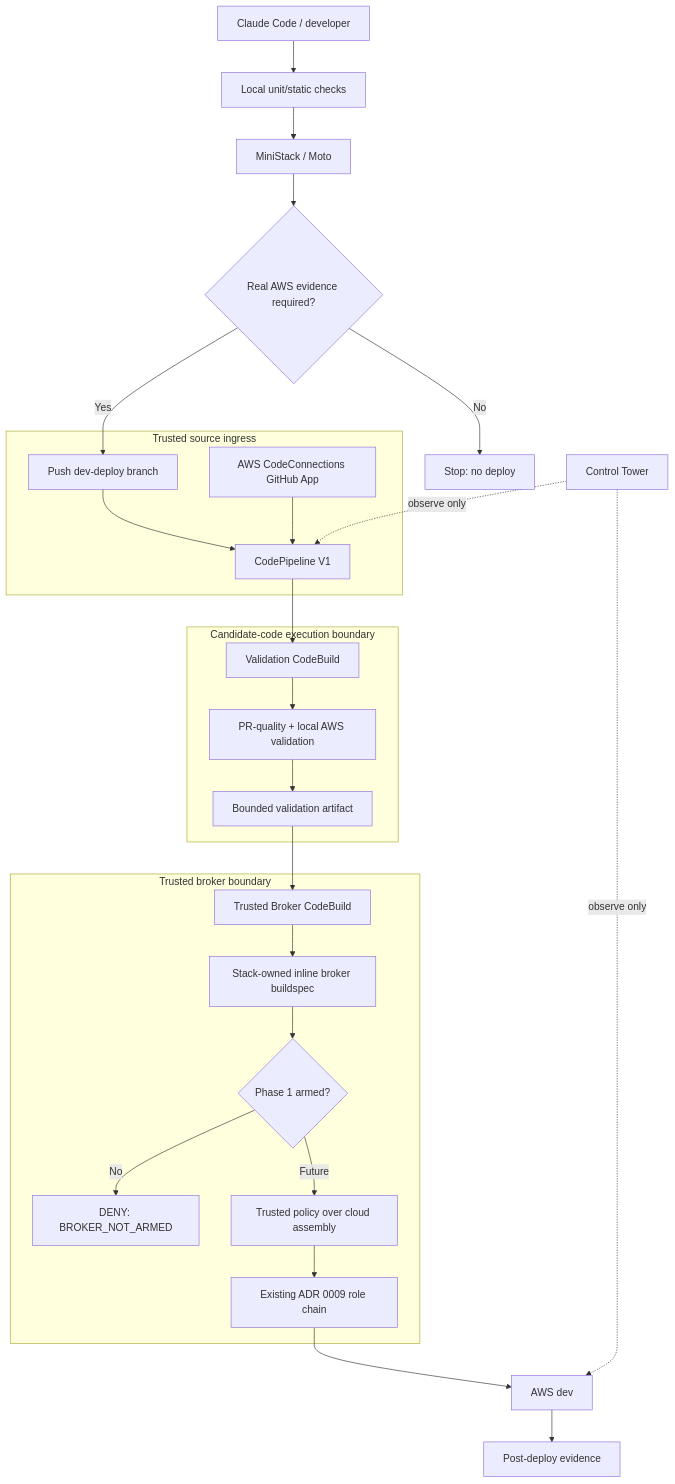
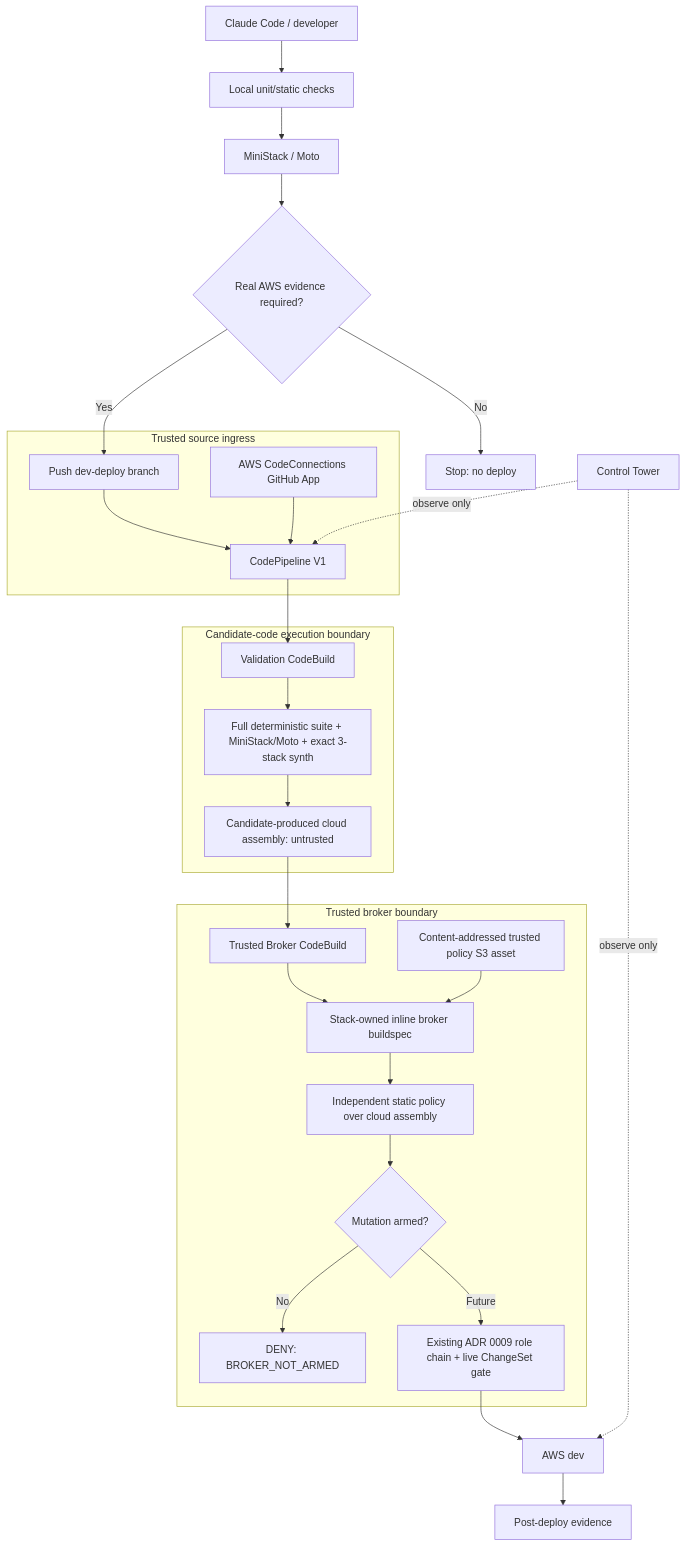
The diagram in docs/architecture/aws-dev-deploy-broker.md (20m61/open-reception), drawn with Mermaid before and after one commit. The commit also changed other lines of this file, not shown here.

Commit message:
docs: describe trusted static broker policy and prerequisites

````diff
--- a/docs/architecture/aws-dev-deploy-broker.md
+++ b/docs/architecture/aws-dev-deploy-broker.md
@@ -9,34 +9,35 @@
 ```mermaid
 flowchart TD
   A[Claude Code / developer] --> B[Local unit/static checks]
   B --> C[MiniStack / Moto]
   C --> D{Real AWS evidence required?}
   D -- No --> E[Stop: no deploy]
   D -- Yes --> F[Push dev-deploy branch]
 
   subgraph TRUSTED_INGRESS[Trusted source ingress]
     F --> G[CodePipeline V1]
     H[AWS CodeConnections GitHub App] --> G
   end
 
   subgraph UNTRUSTED[Candidate-code execution boundary]
     G --> I[Validation CodeBuild]
-    I --> J[PR-quality + local AWS validation]
-    J --> K[Bounded validation artifact]
+    I --> J[Full deterministic suite + MiniStack/Moto + exact 3-stack synth]
+    J --> K[Candidate-produced cloud assembly: untrusted]
   end
 
   subgraph TRUSTED_BROKER[Trusted broker boundary]
     K --> L[Trusted Broker CodeBuild]
     L --> M[Stack-owned inline broker buildspec]
-    M --> N{Phase 1 armed?}
+    U[Content-addressed trusted policy S3 asset] --> M
+    M --> P[Independent static policy over cloud assembly]
+    P --> N{Mutation armed?}
     N -- No --> O[DENY: BROKER_NOT_ARMED]
-    N -- Future --> P[Trusted policy over cloud assembly]
-    P --> Q[Existing ADR 0009 role chain]
+    N -- Future --> Q[Existing ADR 0009 role chain + live ChangeSet gate]
   end
 
   Q --> R[AWS dev]
   R --> S[Post-deploy evidence]
 
   T[Control Tower] -. observe only .-> G
   T -. observe only .-> R
 ```
````
